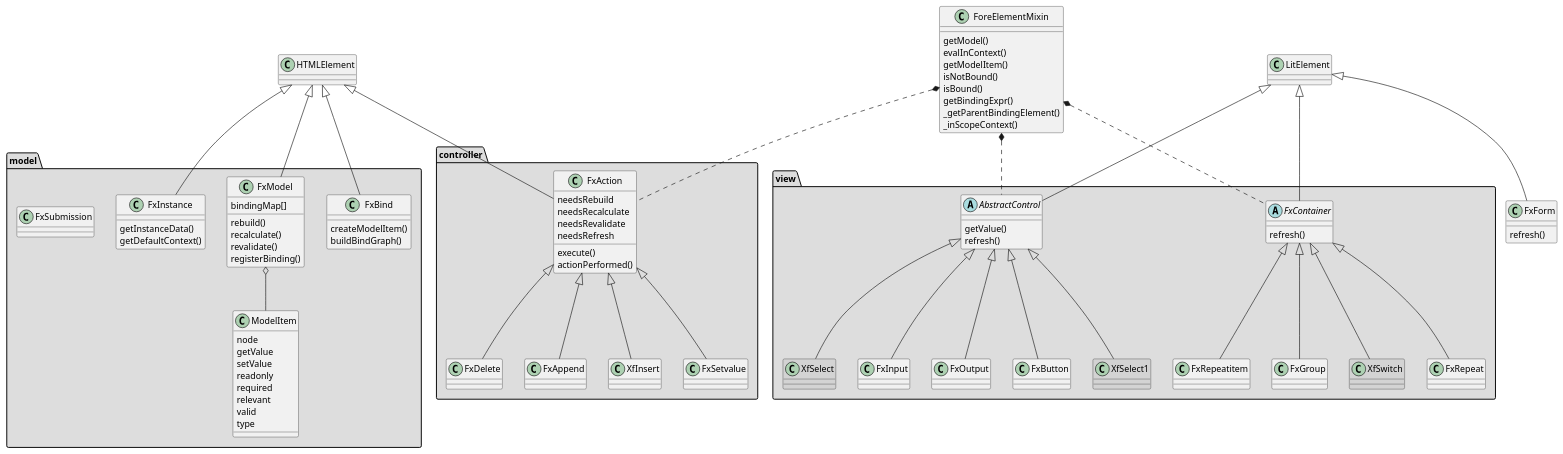
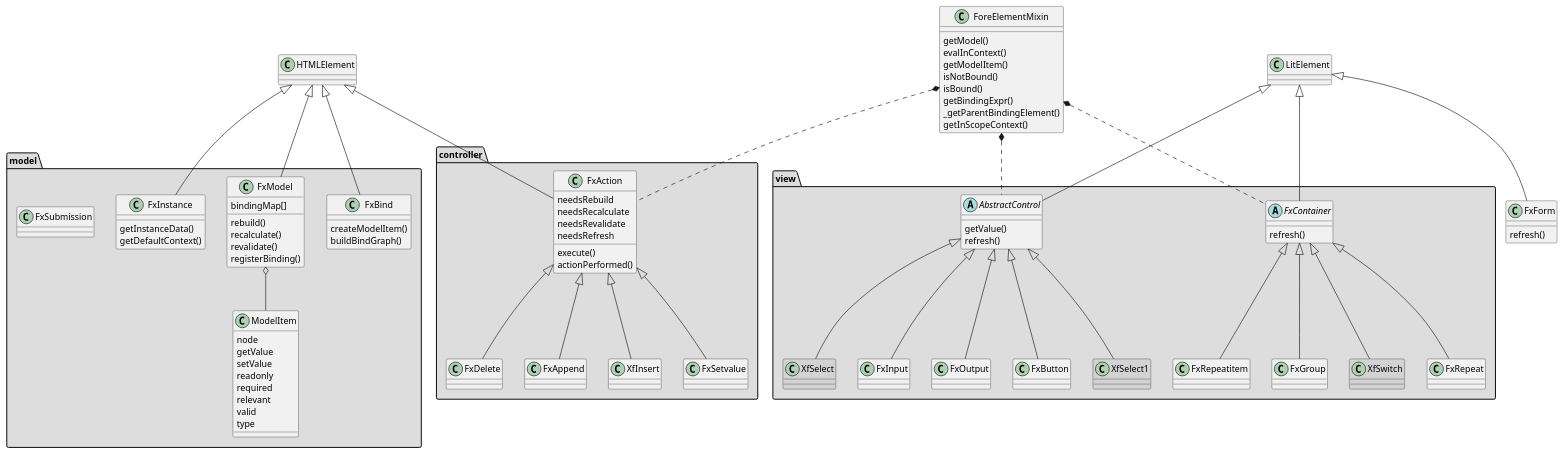
The diagram in doc/class-relations.puml (Jinntec/Fore), drawn with PlantUML before and after one commit. The commit also changed 3 other files, not shown here.

```diff
--- a/doc/class-relations.puml
+++ b/doc/class-relations.puml
@@ -1,113 +1,113 @@
 @startuml
 
 class HTMLElement{
 }
 class LitElement
 
 class FxForm {
     refresh()
 }
 LitElement <|-- FxForm
 
 
 class ForeElementMixin{
     getModel()
     evalInContext()
     getModelItem()
     isNotBound()
     isBound()
     getBindingExpr()
     _getParentBindingElement()
-    _inScopeContext()
+    getInScopeContext()
 }
 package "model" #DDDDDD {
     class FxModel{
         bindingMap[]
         rebuild()
         recalculate()
         revalidate()
         registerBinding()
     }
     class FxInstance{
         getInstanceData()
         getDefaultContext()
     }
 
     class ModelItem{
         node
         getValue
         setValue
         readonly
         required
         relevant
         valid
         type
     }
 
     class FxBind{
         createModelItem()
         buildBindGraph()
     }
     class FxSubmission
 
     HTMLElement <|-- FxInstance
     HTMLElement <|-- FxBind
     HTMLElement <|-- FxModel
 
 
 }
 
 FxModel o-- ModelItem
 
 package "view" #DDDDDD{
     abstract class FxContainer{
         refresh()
     }
     abstract class AbstractControl{
         getValue()
         refresh()
     }
     class XfSwitch #lightgrey
     class XfSelect1 #lightgrey
     class XfSelect #lightgrey
     AbstractControl <|-- FxInput
     AbstractControl <|-- FxOutput
     AbstractControl <|-- FxButton
     FxContainer <|-- FxRepeat
     FxContainer <|-- FxRepeatitem
     FxContainer <|-- FxGroup
     FxContainer <|-- XfSwitch
     AbstractControl <|-- XfSelect
     AbstractControl <|-- XfSelect1
 }
 
 package "controller" #DDDDDD{
     class FxAction{
         needsRebuild
         needsRecalculate
         needsRevalidate
         needsRefresh
         execute()
         actionPerformed()
     }
     FxAction <|-- FxDelete
     FxAction <|-- FxAppend
     FxAction <|-- XfInsert
     FxAction <|-- FxSetvalue
 
 }
 
 
 LitElement <|-- FxContainer
 LitElement <|-- AbstractControl
 ForeElementMixin *.. AbstractControl
 ForeElementMixin *.. FxContainer
 
 
 HTMLElement <|-- FxAction
 ForeElementMixin *.. FxAction
 
 
 
 
 @enduml
```
